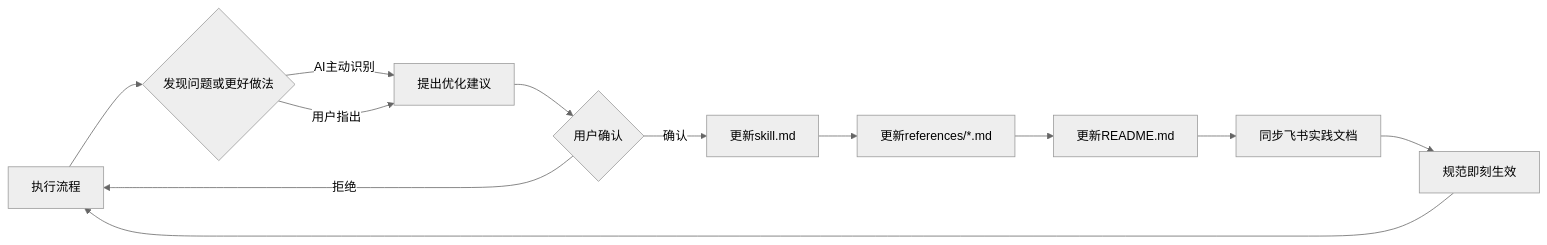
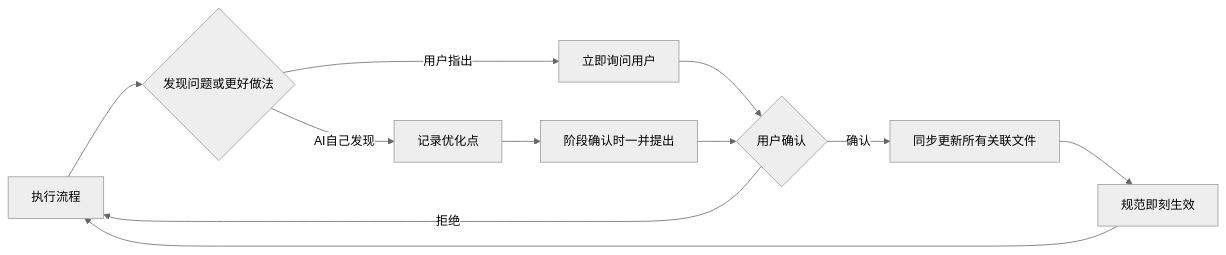
One commit to guanxuerong/my-ai-skills changed the second of 3 diagrams in daily-workflow/REPORT.md. Above: the diagram before and after it, drawn with Mermaid (neutral theme). The commit also changed other lines of this file, not shown here.

````diff
--- a/daily-workflow/REPORT.md
+++ b/daily-workflow/REPORT.md
@@ -92,14 +92,13 @@
 ```mermaid
 flowchart LR
     A[执行流程] --> B{发现问题或更好做法}
-    B -->|AI主动识别| C[提出优化建议]
-    B -->|用户指出| C
-    C --> D{用户确认}
-    D -->|确认| E[更新skill.md]
-    E --> F[更新references/*.md]
-    F --> G[更新README.md]
-    G --> H[同步飞书实践文档]
-    H --> I[规范即刻生效]
-    I --> A
-    D -->|拒绝| A
+    B -->|用户指出| C[立即询问用户]
+    B -->|AI自己发现| D[记录优化点]
+    D --> E[阶段确认时一并提出]
+    C --> F{用户确认}
+    E --> F
+    F -->|确认| G[同步更新所有关联文件]
+    G --> H[规范即刻生效]
+    H --> A
+    F -->|拒绝| A
 ```
````
